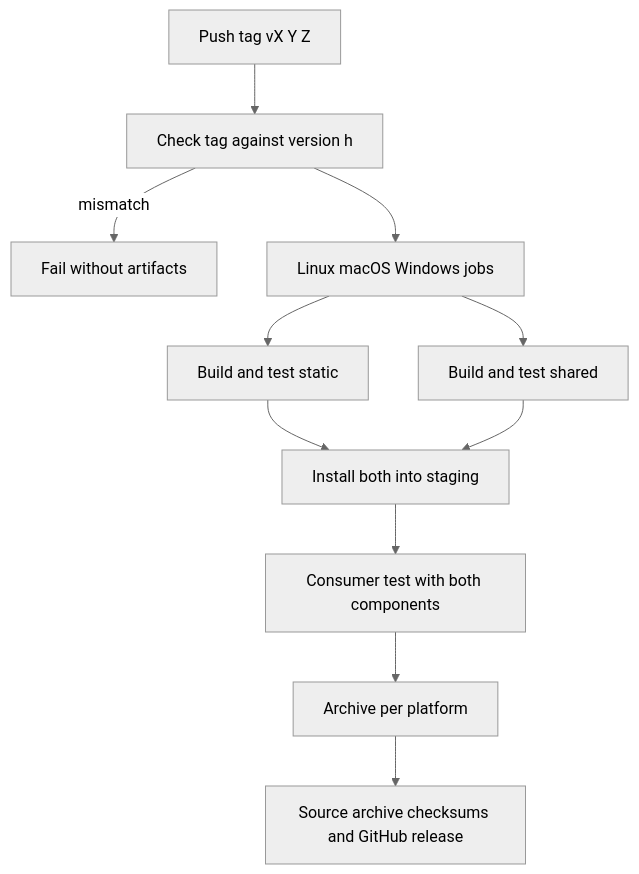
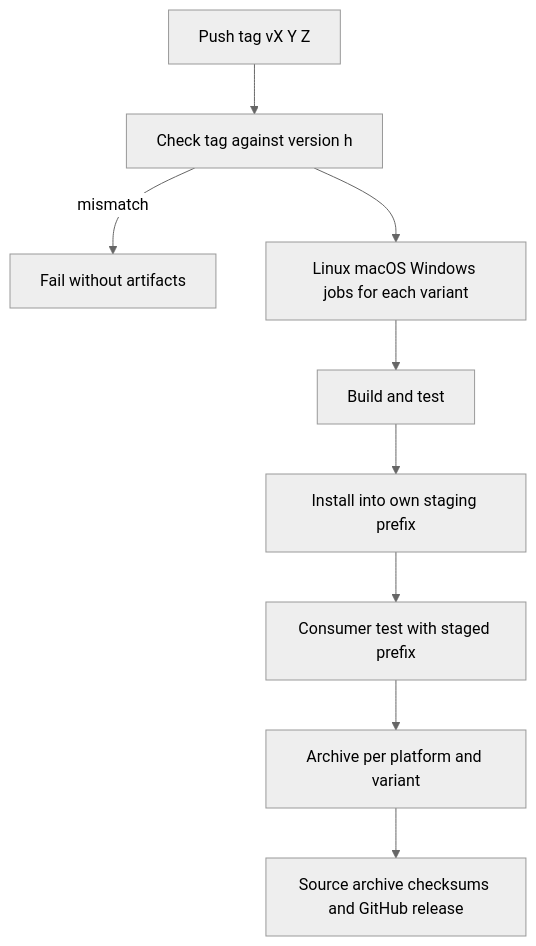
The fourth of 4 diagrams in .kiro/specs/foundation/design.md (ktdevx/amark-private2), drawn with Mermaid (neutral theme) before and after one commit. The commit also changed other lines of this file and 4 other files, not shown here.

````diff
--- a/.kiro/specs/foundation/design.md
+++ b/.kiro/specs/foundation/design.md
@@ -283,13 +278,11 @@
 ```mermaid
 graph TB
     Tag[Push tag vX Y Z] --> Verify[Check tag against version h]
     Verify -->|mismatch| Fail[Fail without artifacts]
-    Verify --> Matrix[Linux macOS Windows jobs]
-    Matrix --> StaticJob[Build and test static]
-    Matrix --> SharedJob[Build and test shared]
-    StaticJob --> Stage[Install both into staging]
-    SharedJob --> Stage
-    Stage --> DualCheck[Consumer test with both components]
-    DualCheck --> Archive[Archive per platform]
+    Verify --> Matrix[Linux macOS Windows jobs for each variant]
+    Matrix --> BuildTest[Build and test]
+    BuildTest --> Stage[Install into own staging prefix]
+    Stage --> Check[Consumer test with staged prefix]
+    Check --> Archive[Archive per platform and variant]
     Archive --> Publish[Source archive checksums and GitHub release]
 ```
````
